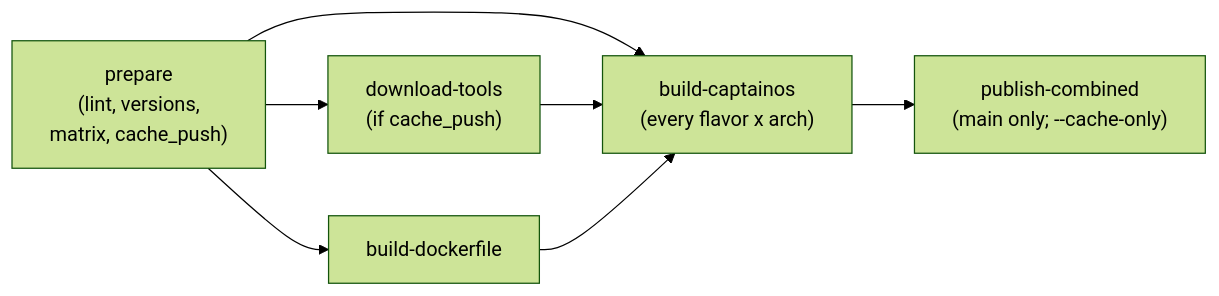
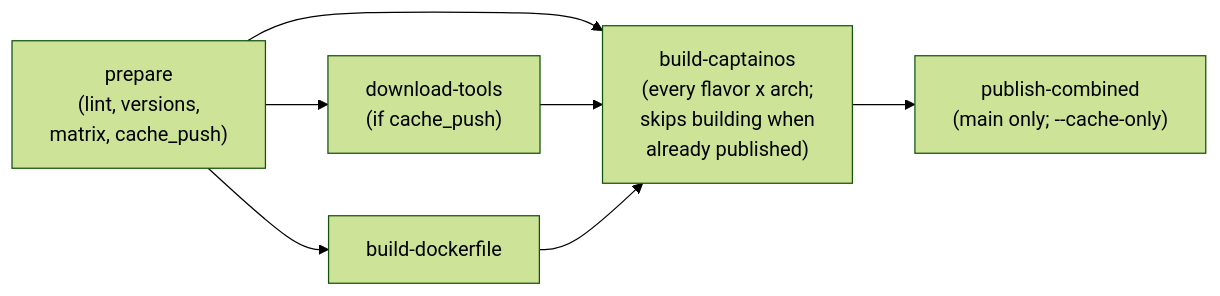
The fourth of 4 diagrams in docs/build-caching.md (rpardini/captain), drawn with Mermaid (forest theme) before and after one commit. The commit also changed other lines of this file and 12 other files, not shown here.

First line of the commit message:
release: content-tagged images; skip build/publish when already published

````diff
--- a/docs/build-caching.md
+++ b/docs/build-caching.md
@@ -183,12 +183,12 @@
 ```mermaid
 flowchart LR
     prepare["prepare<br/>(lint, versions,<br/>matrix, cache_push)"]
     builder["build-dockerfile"]
     tools["download-tools<br/>(if cache_push)"]
-    build["build-captainos<br/>(every flavor x arch)"]
+    build["build-captainos<br/>(every flavor x arch;<br/>skips building when<br/>already published)"]
     combined["publish-combined<br/>(main only; --cache-only)"]
     prepare --> builder & tools
     prepare --> build
     tools & builder --> build
     build --> combined
 ```
````
